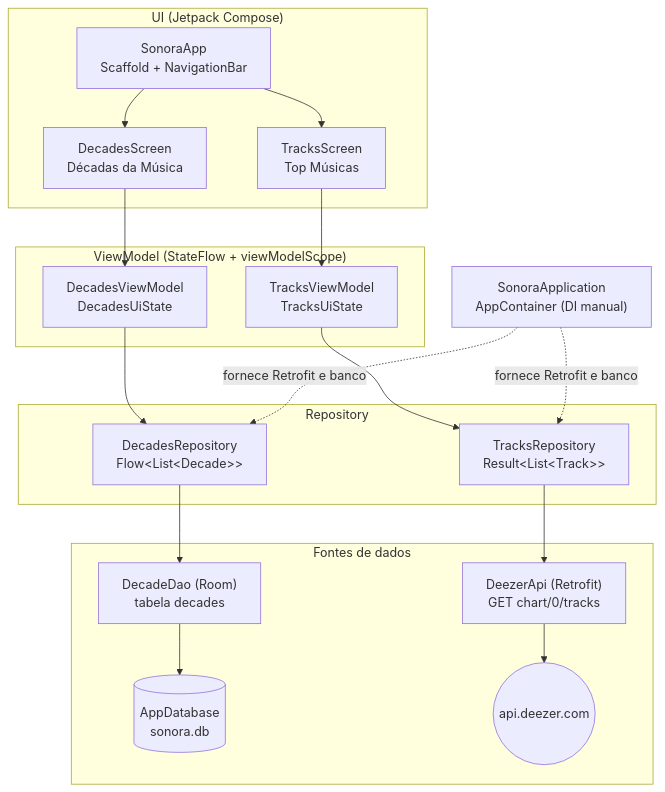
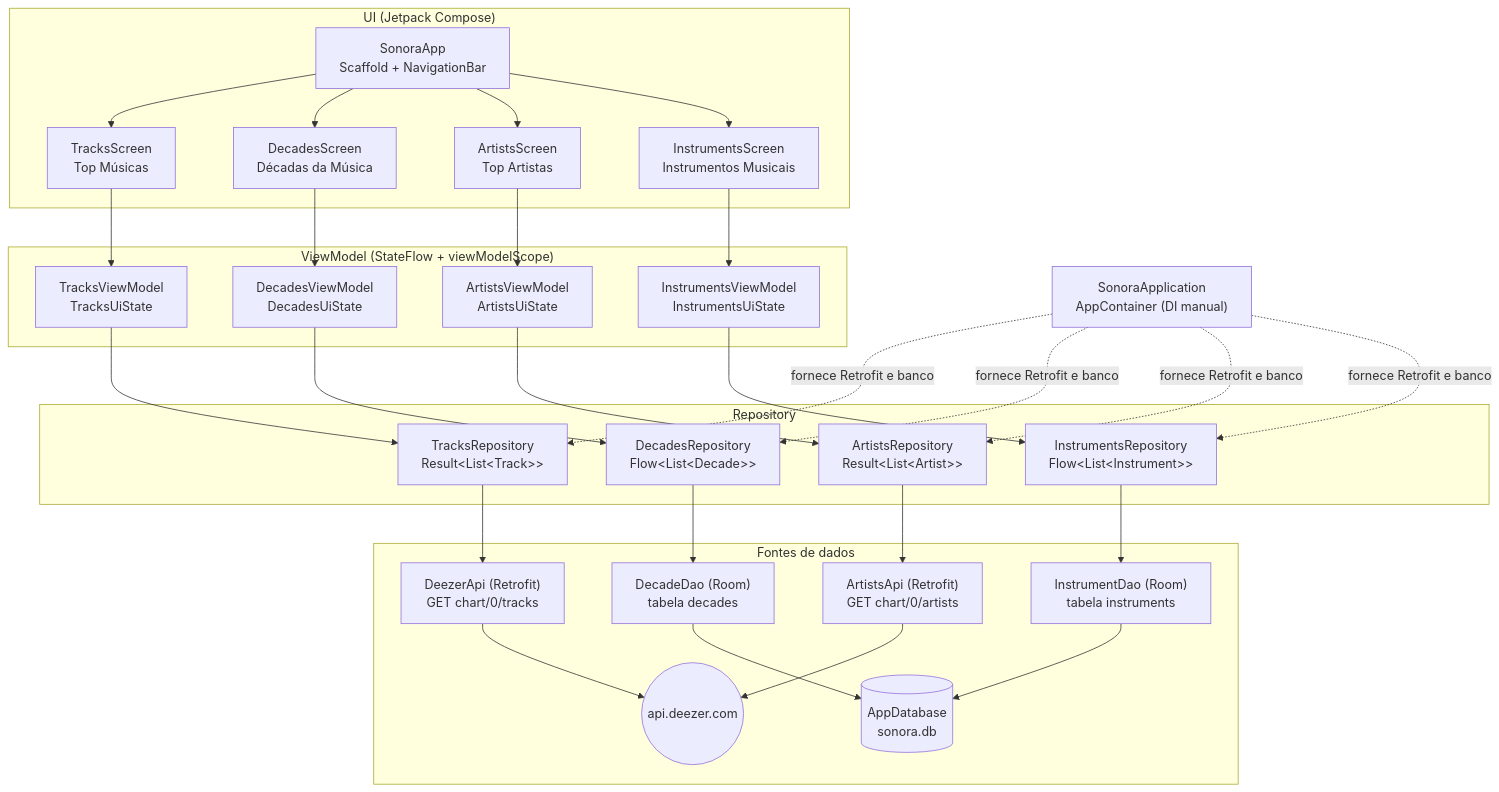
The diagram in ARCHITECTURE.md (zeMatheusLira/sonora), drawn with Mermaid before and after one commit. The commit also changed other lines of this file and 31 other files, not shown here.

````diff
--- a/ARCHITECTURE.md
+++ b/ARCHITECTURE.md
@@ -13,32 +13,42 @@
 ```mermaid
 flowchart TD
     subgraph UI["UI (Jetpack Compose)"]
         Nav["SonoraApp<br/>Scaffold + NavigationBar"]
         TS["TracksScreen<br/>Top Músicas"]
         DS["DecadesScreen<br/>Décadas da Música"]
+        AS["ArtistsScreen<br/>Top Artistas"]
+        IS["InstrumentsScreen<br/>Instrumentos Musicais"]
     end
 
     subgraph VM["ViewModel (StateFlow + viewModelScope)"]
         TVM["TracksViewModel<br/>TracksUiState"]
         DVM["DecadesViewModel<br/>DecadesUiState"]
+        AVM["ArtistsViewModel<br/>ArtistsUiState"]
+        IVM["InstrumentsViewModel<br/>InstrumentsUiState"]
     end
 
     subgraph REPO["Repository"]
         TR["TracksRepository<br/>Result&lt;List&lt;Track&gt;&gt;"]
         DR["DecadesRepository<br/>Flow&lt;List&lt;Decade&gt;&gt;"]
+        AR["ArtistsRepository<br/>Result&lt;List&lt;Artist&gt;&gt;"]
+        IR["InstrumentsRepository<br/>Flow&lt;List&lt;Instrument&gt;&gt;"]
     end
 
     subgraph DATA["Fontes de dados"]
         API["DeezerApi (Retrofit)<br/>GET chart/0/tracks"]
         DAO["DecadeDao (Room)<br/>tabela decades"]
+        AAPI["ArtistsApi (Retrofit)<br/>GET chart/0/artists"]
+        IDAO["InstrumentDao (Room)<br/>tabela instruments"]
         DB[("AppDatabase<br/>sonora.db")]
         NET(("api.deezer.com"))
     end
 
     APP["SonoraApplication<br/>AppContainer (DI manual)"]
 
-    Nav --> TS & DS
+    Nav --> TS & DS & AS & IS
     TS --> TVM --> TR --> API --> NET
     DS --> DVM --> DR --> DAO --> DB
-    APP -. fornece Retrofit e banco .-> TR & DR
+    AS --> AVM --> AR --> AAPI --> NET
+    IS --> IVM --> IR --> IDAO --> DB
+    APP -. fornece Retrofit e banco .-> TR & DR & AR & IR
 ```
````
